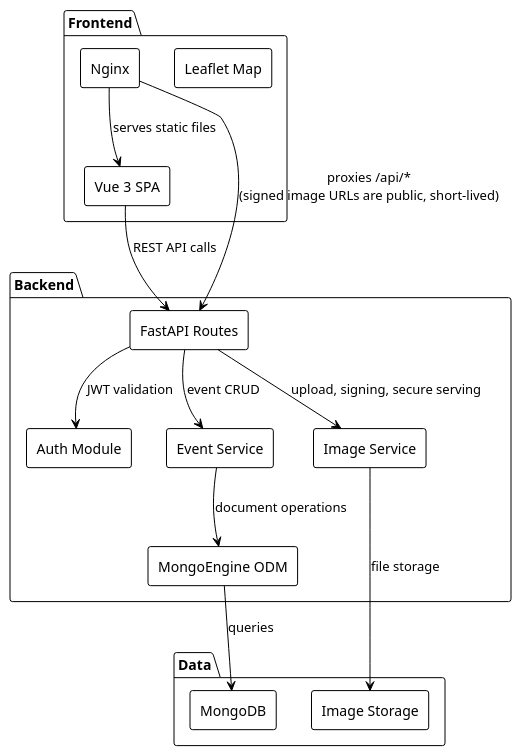
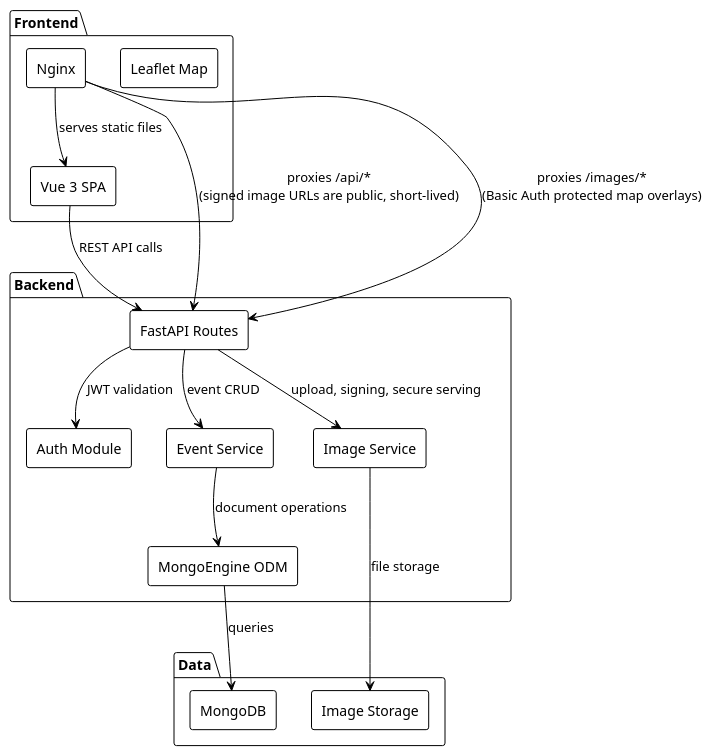
One commit to HEIG-RESONATE/resonate2 changed the diagram in docs/diagrams/architecture.puml. Above: the diagram before and after it, drawn with PlantUML. The commit also changed 6 other files, not shown here.

```diff
--- a/docs/diagrams/architecture.puml
+++ b/docs/diagrams/architecture.puml
@@ -1,35 +1,36 @@
 @startuml
 !theme plain
 skinparam componentStyle rectangle
 skinparam defaultFontName "Arial"
 
 package "Frontend" {
   [Vue 3 SPA] as [Vue]
   [Leaflet Map] as [Map]
   [Nginx] as [Nginx]
 }
 
 package "Backend" {
   [FastAPI Routes] as [API]
   [Auth Module] as [Auth]
   [Event Service] as [EventService]
   [Image Service] as [ImageService]
   [MongoEngine ODM] as [ODM]
 }
 
 package "Data" {
   database "MongoDB" as [Mongo]
   storage "Image Storage" as [Images]
 }
 
 [Nginx] --> [Vue] : serves static files
 [Nginx] --> [API] : proxies /api/*\n(signed image URLs are public, short-lived)
+[Nginx] --> [API] : proxies /images/*\n(Basic Auth protected map overlays)
 [Vue] --> [API] : REST API calls
 [API] --> [Auth] : JWT validation
 [API] --> [EventService] : event CRUD
 [API] --> [ImageService] : upload, signing, secure serving
 [EventService] --> [ODM] : document operations
 [ImageService] --> [Images] : file storage
 [ODM] --> [Mongo] : queries
 
 @enduml
```
